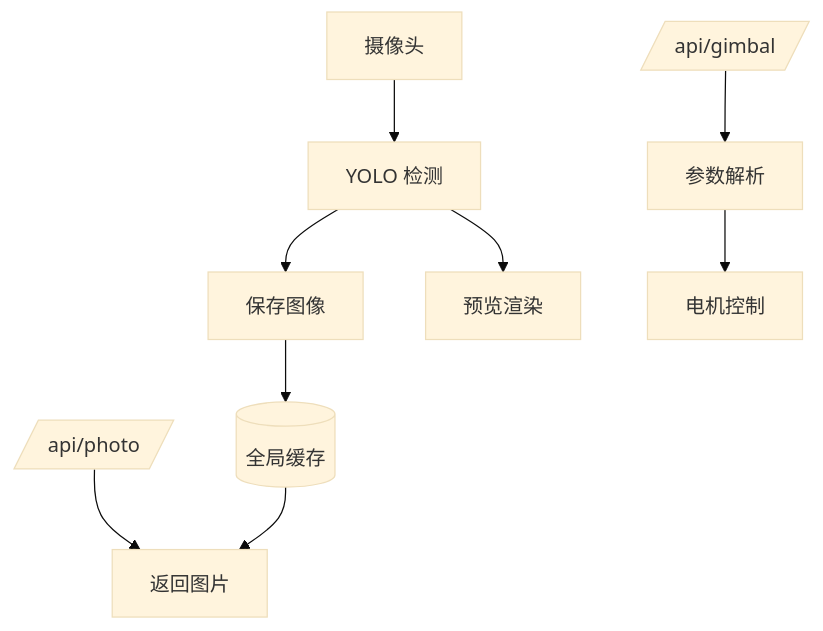
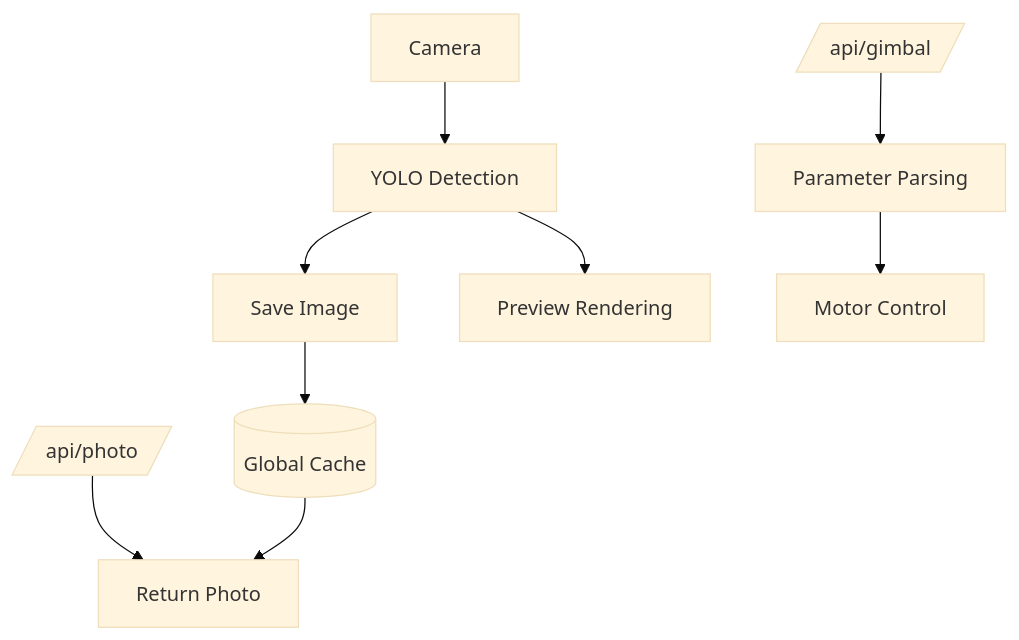
The diagram in README.md (Seeed-Projects/reCamera_Gimbal-OpenClaw), drawn with Mermaid (base theme) before and after one commit.

````diff
--- a/README.md
+++ b/README.md
@@ -138,14 +138,14 @@
 ```mermaid
 graph TD
-    Camera[摄像头] --> Model[YOLO 检测]
-    Model --> SaveImage[保存图像]
-    Model --> Preview[预览渲染]
+    Camera[Camera] --> Model[YOLO Detection]
+    Model --> SaveImage[Save Image]
+    Model --> Preview[Preview Rendering]
 
-    HTTP_Gimbal[/api/gimbal/] --> Parser[参数解析]
-    Parser --> Motor[电机控制]
+    HTTP_Gimbal[/api/gimbal/] --> Parser[Parameter Parsing]
+    Parser --> Motor[Motor Control]
 
-    HTTP_Photo[/api/photo/] --> ServePhoto[返回图片]
+    HTTP_Photo[/api/photo/] --> ServePhoto[Return Photo]
 
-    SaveImage --> Global[(全局缓存)]
+    SaveImage --> Global[(Global Cache)]
     Global --> ServePhoto
 ```
````
